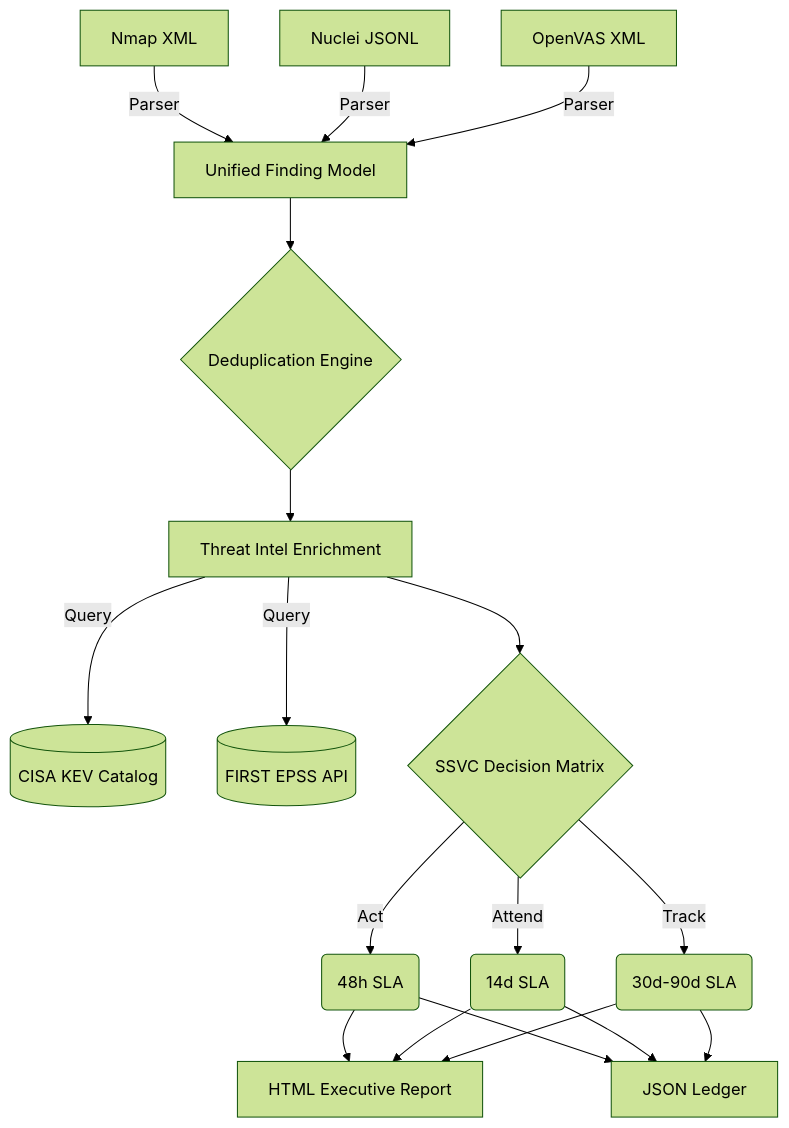
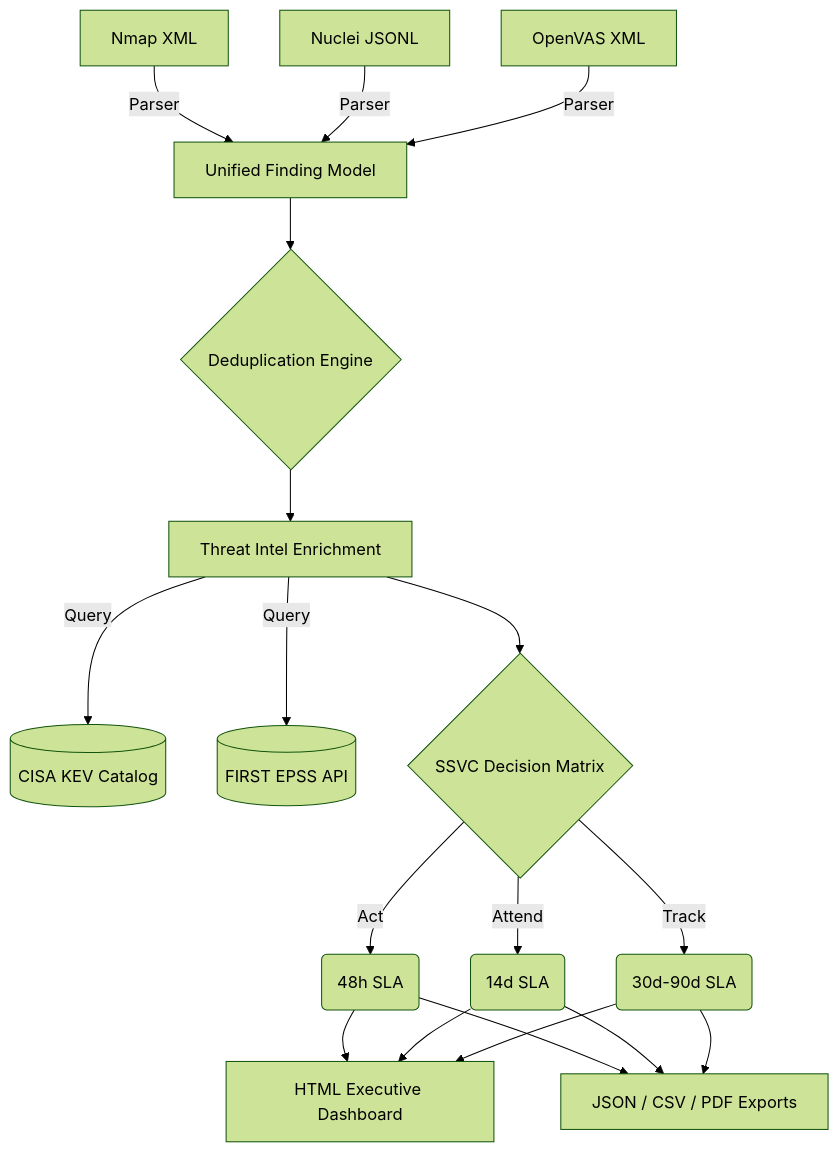
Before and after one commit to alrightatharva/vuln2risk: the diagram in README.md, drawn with Mermaid (forest theme). The commit also changed other lines of this file and 5 other files, not shown here.

Commit message:
feat: finalize interactive HTML dashboard, add PDF/CSV exports, and update documentation

````diff
--- a/README.md
+++ b/README.md
@@ -25,26 +25,26 @@
 ```mermaid
 graph TD
     A[Nmap XML] -->|Parser| D[Unified Finding Model]
     B[Nuclei JSONL] -->|Parser| D
     C[OpenVAS XML] -->|Parser| D
 
     D --> E{Deduplication Engine}
     E --> F[Threat Intel Enrichment]
 
     F -->|Query| G[(CISA KEV Catalog)]
     F -->|Query| H[(FIRST EPSS API)]
 
     F --> I{SSVC Decision Matrix}
 
     I -->|Act| J(48h SLA)
     I -->|Attend| K(14d SLA)
     I -->|Track| L(30d-90d SLA)
 
-    J --> M[HTML Executive Report]
+    J --> M[HTML Executive Dashboard]
     K --> M
     L --> M
 
-    J --> N[JSON Ledger]
+    J --> N[JSON / CSV / PDF Exports]
     K --> N
     L --> N
 ```
````
